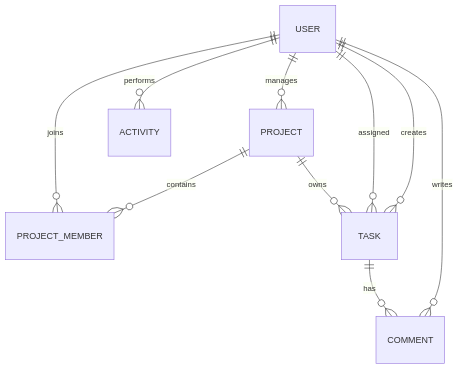
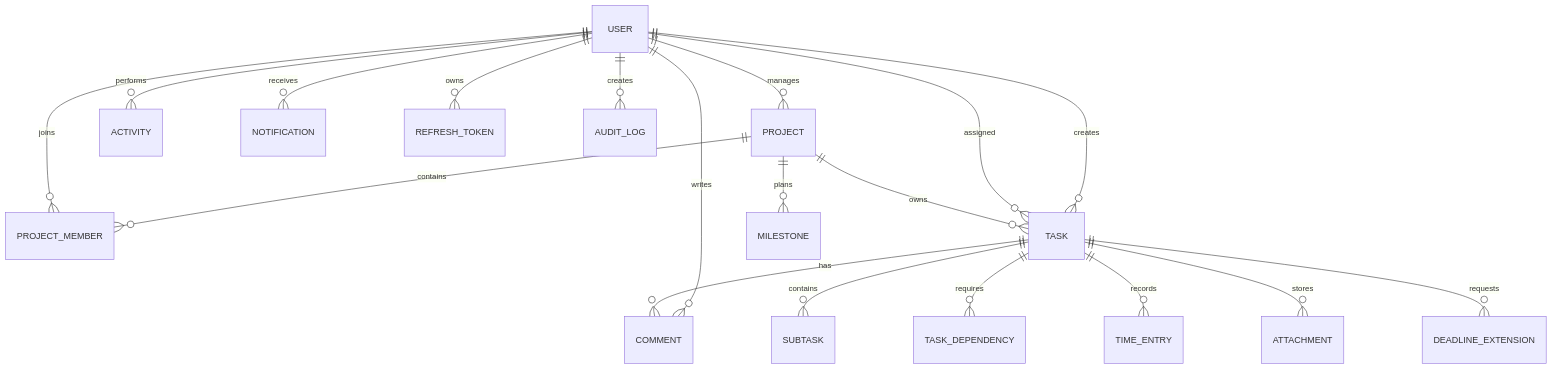
One commit to Waqar-743/Project-and-team-management-platform changed the second of 3 diagrams in docs/ARCHITECTURE.md. Above: the diagram before and after it, drawn with Mermaid. The commit also changed 8 other files, not shown here.

````diff
--- a/docs/ARCHITECTURE.md
+++ b/docs/ARCHITECTURE.md
@@ -16,12 +16,21 @@
 ```mermaid
 erDiagram
   USER ||--o{ PROJECT : manages
   USER ||--o{ PROJECT_MEMBER : joins
   PROJECT ||--o{ PROJECT_MEMBER : contains
   PROJECT ||--o{ TASK : owns
   USER ||--o{ TASK : assigned
   USER ||--o{ TASK : creates
   TASK ||--o{ COMMENT : has
   USER ||--o{ COMMENT : writes
   USER ||--o{ ACTIVITY : performs
+  USER ||--o{ NOTIFICATION : receives
+  USER ||--o{ REFRESH_TOKEN : owns
+  USER ||--o{ AUDIT_LOG : creates
+  PROJECT ||--o{ MILESTONE : plans
+  TASK ||--o{ SUBTASK : contains
+  TASK ||--o{ TASK_DEPENDENCY : requires
+  TASK ||--o{ TIME_ENTRY : records
+  TASK ||--o{ ATTACHMENT : stores
+  TASK ||--o{ DEADLINE_EXTENSION : requests
 ```
````
